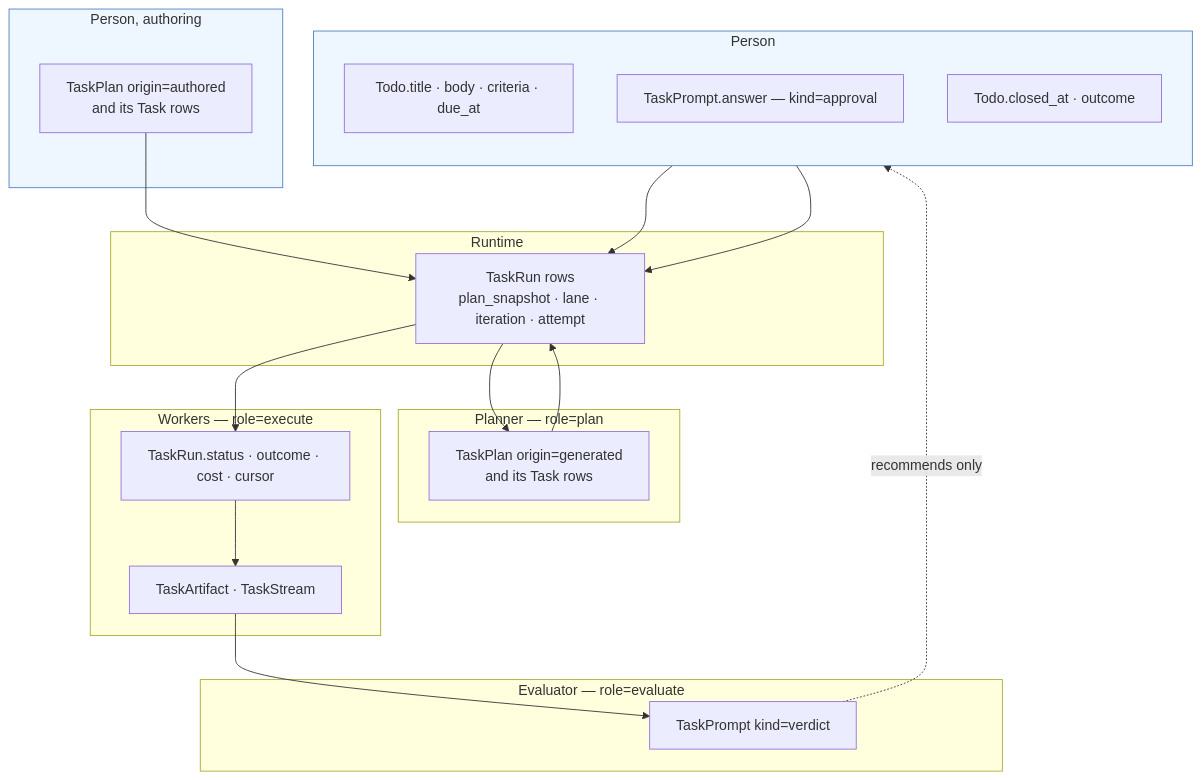
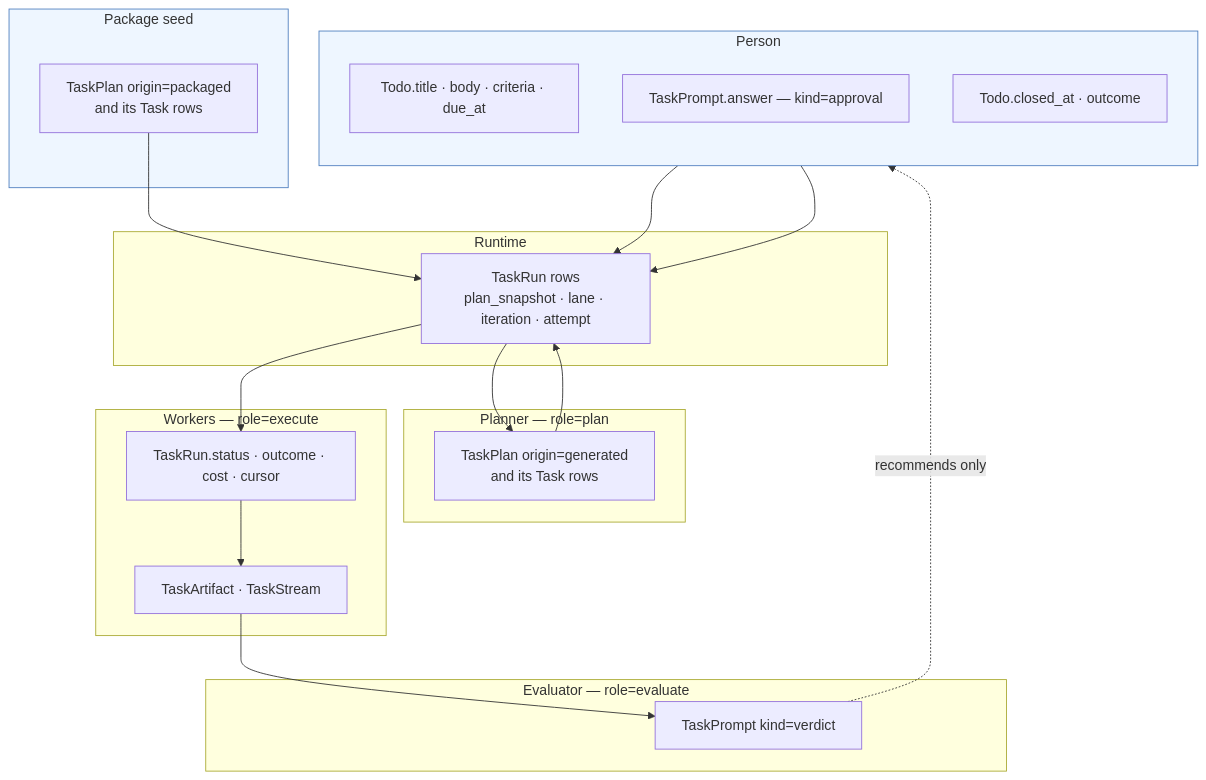
One commit to invana/invana changed the fifth of 7 diagrams in docs/for-developers/orchestration.md. Above: the diagram before and after it, drawn with Mermaid. The commit also changed other lines of this file and 115 other files, not shown here.

````diff
--- a/docs/for-developers/orchestration.md
+++ b/docs/for-developers/orchestration.md
@@ -446,43 +445,43 @@
 ```mermaid
 flowchart TB
     subgraph PERSON["Person"]
         direction TB
         A1["Todo.title · body · criteria · due_at"]
         A2["TaskPrompt.answer&nbsp;&mdash;&nbsp;kind=approval"]
         A3["Todo.closed_at · outcome"]
     end
 
-    subgraph AUTHOR["Person, authoring"]
-        B1["TaskPlan origin=authored<br/>and its Task rows"]
+    subgraph AUTHOR["Package seed"]
+        B1["TaskPlan origin=packaged<br/>and its Task rows"]
     end
 
     subgraph PLANNER["Planner &mdash; role=plan"]
         C1["TaskPlan origin=generated<br/>and its Task rows"]
     end
 
     subgraph RUNTIME["Runtime"]
         F1["TaskRun rows<br/>plan_snapshot · lane · iteration · attempt"]
     end
 
     subgraph WORKERS["Workers &mdash; role=execute"]
         D1["TaskRun.status · outcome · cost · cursor"]
         D2["TaskArtifact · TaskStream"]
     end
 
     subgraph EVAL["Evaluator &mdash; role=evaluate"]
         E1["TaskPrompt kind=verdict"]
     end
 
     A1 --> F1
     B1 --> F1
     F1 --> C1
     C1 --> F1
     A2 --> F1
     F1 --> D1
     D1 --> D2
     D2 --> E1
     E1 -.->|"recommends only"| A3
 
     style PERSON fill:#eef6ff,stroke:#4f7fbf
     style AUTHOR fill:#eef6ff,stroke:#4f7fbf
 ```
````
